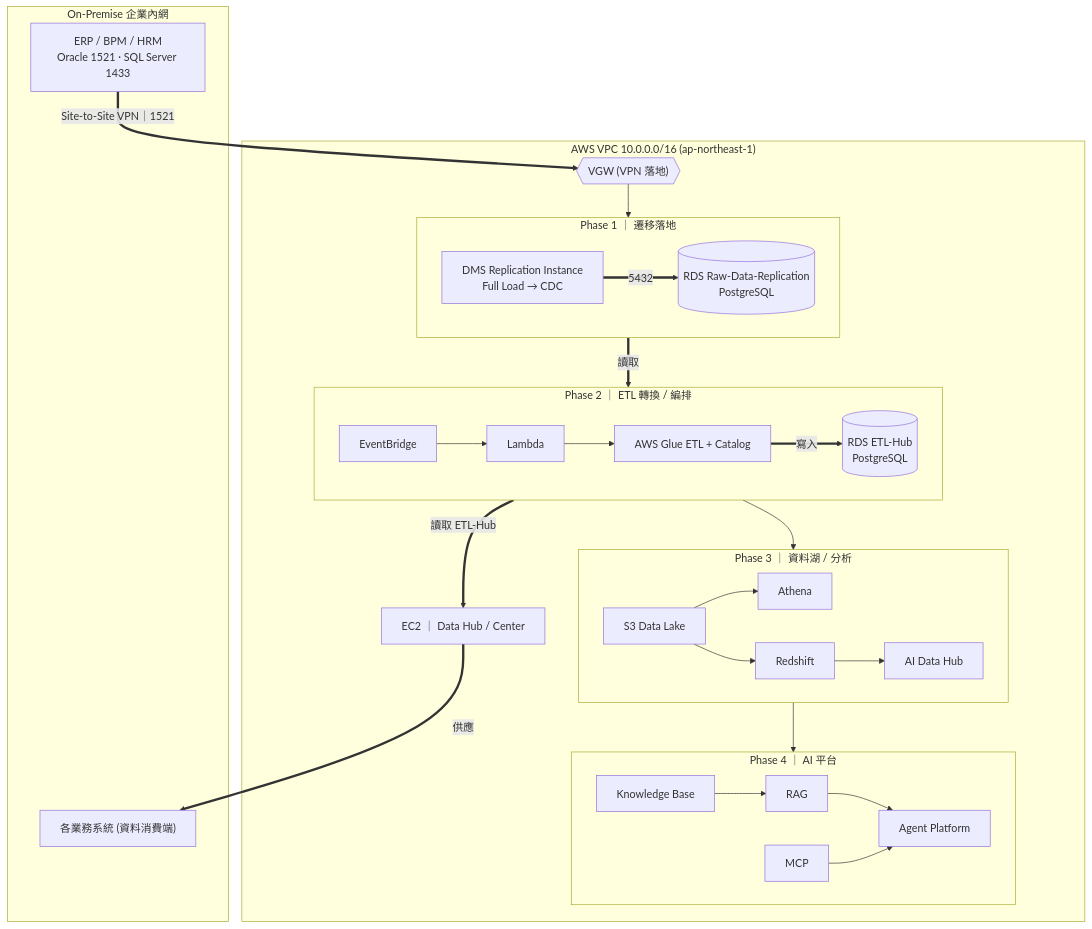
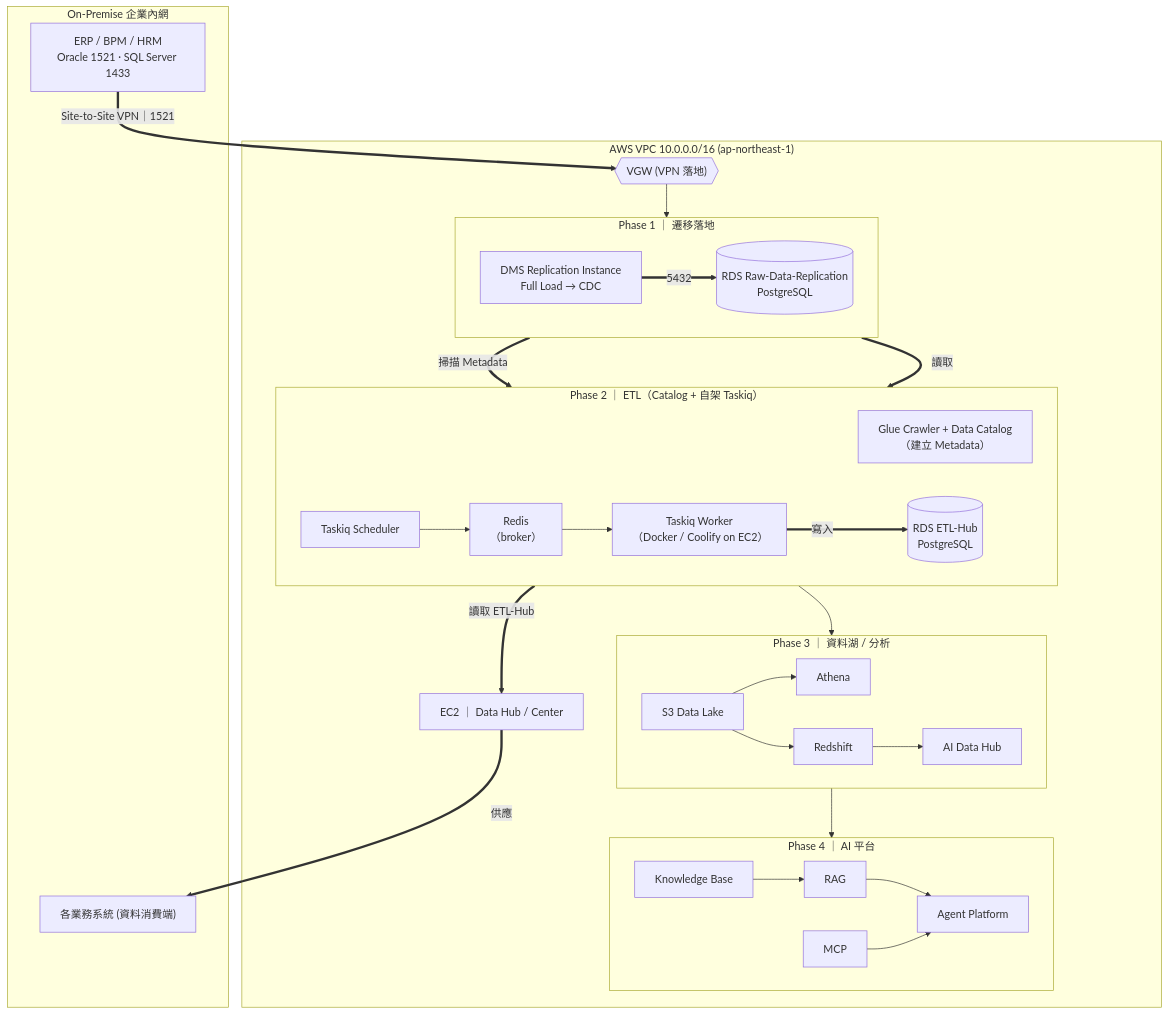
One commit to Jiaye-DF/data-center-etl changed the first of 9 diagrams in docs/Arch/aws-to-local-infra-arch.md. Above: the diagram before and after it, drawn with Mermaid. The commit also changed other lines of this file and 3 other files, not shown here.

Commit message:
(AI) Docs: v1.1.0 移除 task-013(Coolify 部署收口)— 部署與 AWS/EC2 建立由 user 人工執行;propose 記變更紀錄,總清單改 12 tasks(~41hr)並更新驗收覆蓋表

````diff
--- a/docs/Arch/aws-to-local-infra-arch.md
+++ b/docs/Arch/aws-to-local-infra-arch.md
@@ -44,44 +44,46 @@
 ```mermaid
 flowchart TB
   subgraph ONPREM["On-Premise 企業內網"]
     ERP["ERP / BPM / HRM<br/>Oracle 1521 · SQL Server 1433"]
     BIZ["各業務系統 (資料消費端)"]
   end
 
   subgraph AWS["AWS VPC 10.0.0.0/16 (ap-northeast-1)"]
     VGW{{"VGW (VPN 落地)"}}
 
     subgraph Z1["Phase 1 ｜ 遷移落地"]
       direction LR
       DMS["DMS Replication Instance<br/>Full Load → CDC"]
       RAW[("RDS Raw-Data-Replication<br/>PostgreSQL")]
     end
 
-    subgraph Z2["Phase 2 ｜ ETL 轉換 / 編排"]
+    subgraph Z2["Phase 2 ｜ ETL（Catalog + 自架 Taskiq）"]
       direction LR
-      EVB["EventBridge"] --> LMB["Lambda"] --> GLUE["AWS Glue ETL + Catalog"]
+      GLUE["Glue Crawler + Data Catalog<br/>（建立 Metadata）"]
+      SCHED["Taskiq Scheduler"] --> REDIS["Redis<br/>（broker）"] --> WORKER["Taskiq Worker<br/>（Docker / Coolify on EC2）"]
       HUB[("RDS ETL-Hub<br/>PostgreSQL")]
     end
 
     EC2["EC2 ｜ Data Hub / Center"]
 
     subgraph Z3["Phase 3 ｜ 資料湖 / 分析"]
       direction LR
       S3["S3 Data Lake"] --> ATH["Athena"]
       S3 --> RS["Redshift"] --> AIDH["AI Data Hub"]
     end
 
     subgraph Z4["Phase 4 ｜ AI 平台"]
       direction LR
       KB["Knowledge Base"] --> RAG["RAG"] --> AGENT["Agent Platform"]
       MCP["MCP"] --> AGENT
     end
   end
 
   ERP == "Site-to-Site VPN｜1521" ==> VGW --> DMS
   DMS == "5432" ==> RAW
-  RAW == "讀取" ==> GLUE == "寫入" ==> HUB
+  RAW == "掃描 Metadata" ==> GLUE
+  RAW == "讀取" ==> WORKER == "寫入" ==> HUB
   HUB == "讀取 ETL-Hub" ==> EC2 == "供應" ==> BIZ
   HUB --> S3
   AIDH --> KB
 ```
````
